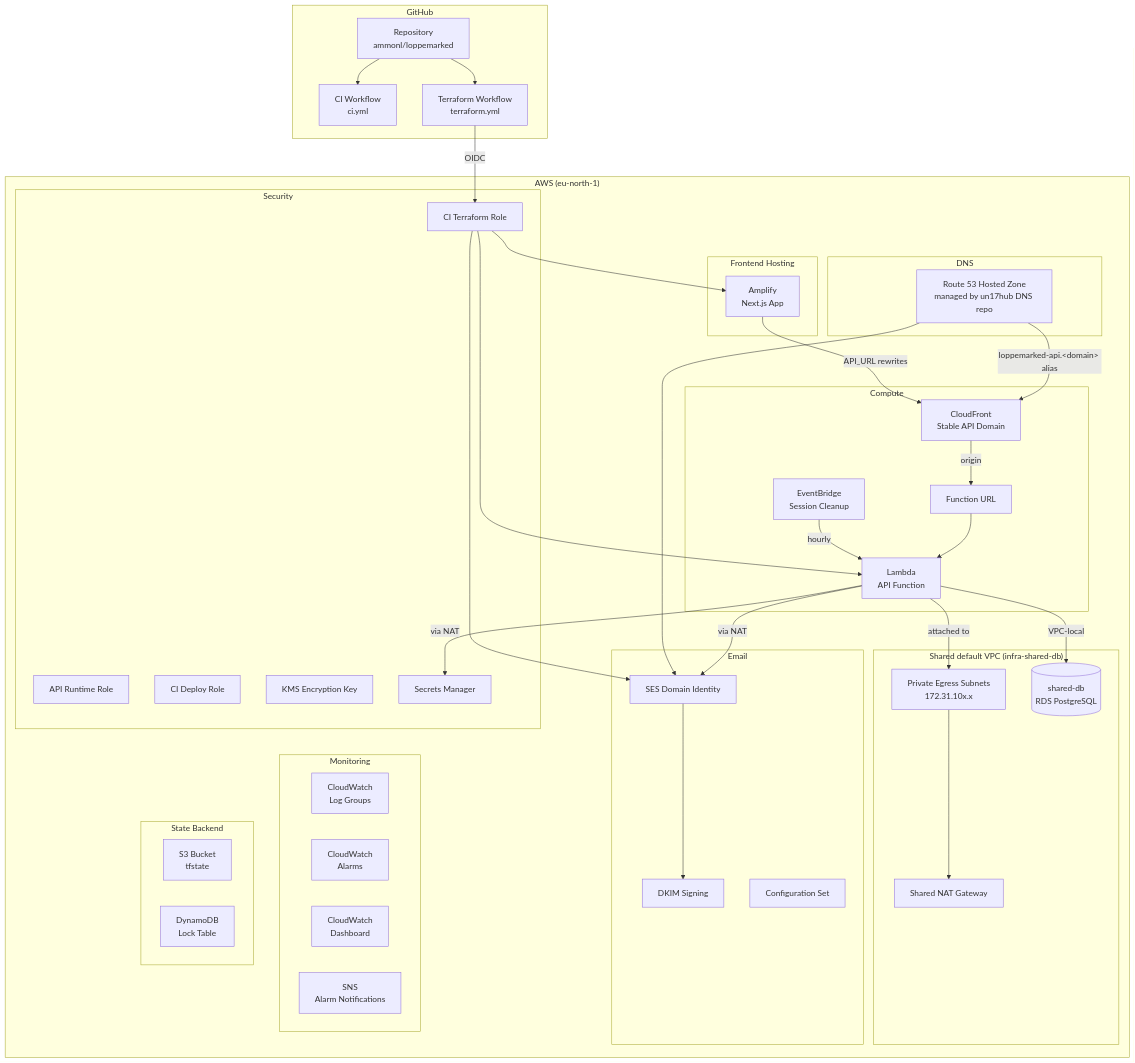
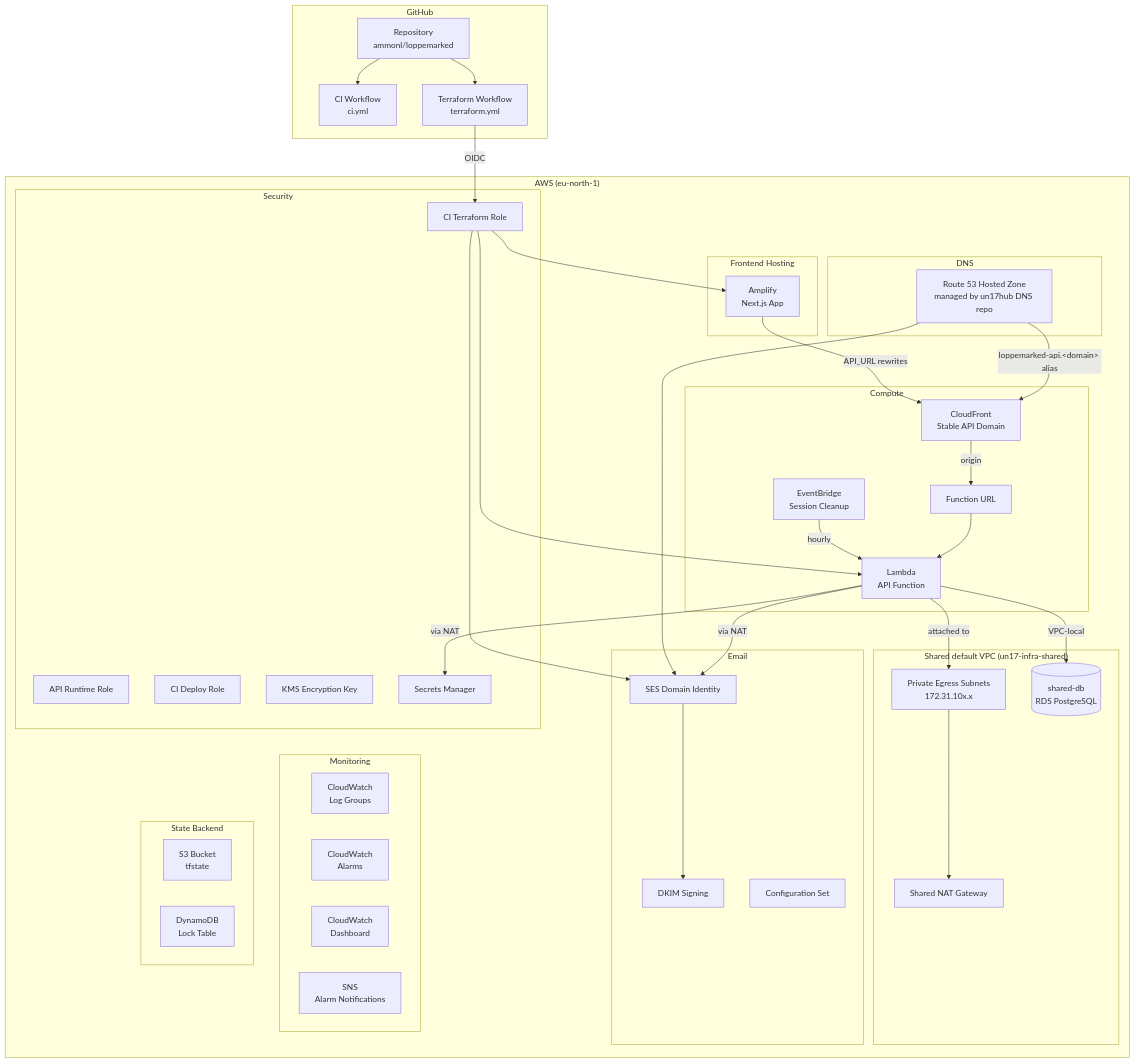
The sixth of 7 diagrams in docs/architecture.md (ammonl/loppemarked), drawn with Mermaid before and after one commit. The commit also changed other lines of this file and 13 other files, not shown here.

First line of the commit message:
docs: point shared-infra references at un17-infra-shared (#296) (#297)

````diff
--- a/docs/architecture.md
+++ b/docs/architecture.md
@@ -333,76 +333,76 @@
 ```mermaid
 graph TB
     subgraph "GitHub"
         REPO[Repository<br/>ammonl/loppemarked]
         CI[CI Workflow<br/>ci.yml]
         TF_WF[Terraform Workflow<br/>terraform.yml]
     end
 
     subgraph "AWS (eu-north-1)"
-        subgraph "Shared default VPC (infra-shared-db)"
+        subgraph "Shared default VPC (un17-infra-shared)"
             SHARED_SUB[Private Egress Subnets<br/>172.31.10x.x]
             NAT[Shared NAT Gateway]
             SHARED_RDS[(shared-db<br/>RDS PostgreSQL)]
         end
 
         subgraph "Compute"
             LAMBDA[Lambda<br/>API Function]
             LAMBDA_URL[Function URL]
             CF[CloudFront<br/>Stable API Domain]
             EB[EventBridge<br/>Session Cleanup]
         end
 
         subgraph "Frontend Hosting"
             AMPLIFY[Amplify<br/>Next.js App]
         end
 
         subgraph "Email"
             SES_ID[SES Domain Identity]
             SES_DKIM[DKIM Signing]
             SES_CS[Configuration Set]
         end
 
         subgraph "DNS"
             R53[Route 53 Hosted Zone<br/>managed by un17hub DNS repo]
         end
 
         subgraph "Security"
             IAM_API[API Runtime Role]
             IAM_CI[CI Deploy Role]
             IAM_TF[CI Terraform Role]
             KMS[KMS Encryption Key]
             SECRETS[Secrets Manager]
         end
 
         subgraph "Monitoring"
             CW[CloudWatch<br/>Log Groups]
             ALARMS[CloudWatch<br/>Alarms]
             DASH[CloudWatch<br/>Dashboard]
             SNS[SNS<br/>Alarm Notifications]
         end
 
         subgraph "State Backend"
             S3[S3 Bucket<br/>tfstate]
             DDB[DynamoDB<br/>Lock Table]
         end
     end
 
     REPO --> CI
     REPO --> TF_WF
     TF_WF -->|OIDC| IAM_TF
     IAM_TF --> LAMBDA
     IAM_TF --> SES_ID
     IAM_TF --> AMPLIFY
     LAMBDA_URL --> LAMBDA
     CF -->|origin| LAMBDA_URL
     R53 -->|loppemarked-api.&lt;domain&gt; alias| CF
     AMPLIFY -->|API_URL rewrites| CF
     EB -->|hourly| LAMBDA
     LAMBDA -->|attached to| SHARED_SUB
     LAMBDA -->|VPC-local| SHARED_RDS
     SHARED_SUB --> NAT
     LAMBDA -->|via NAT| SES_ID
     LAMBDA -->|via NAT| SECRETS
     R53 --> SES_ID
     SES_ID --> SES_DKIM
 ```
````
